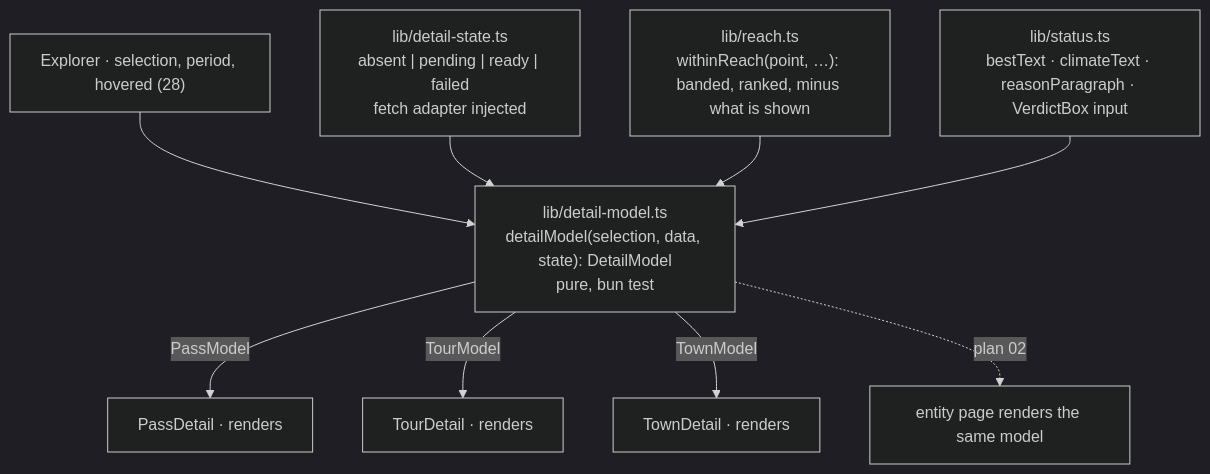
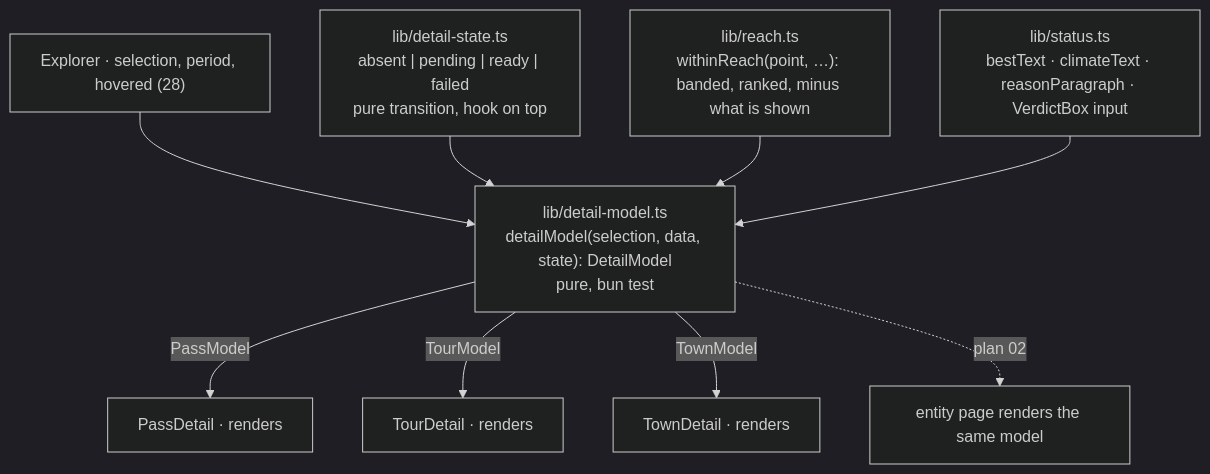
Before and after one commit to mdugue/alpen: the second of 2 diagrams in docs/plans/31-panel-model.md, drawn with Mermaid (dark theme). The commit also changed other lines of this file and 182 other files, not shown here.

````diff
--- a/docs/plans/31-panel-model.md
+++ b/docs/plans/31-panel-model.md
@@ -117,11 +118,11 @@
 ```mermaid
 flowchart TD
   E["Explorer · selection, period, hovered (28)"] --> DM["lib/detail-model.ts<br/>detailModel(selection, data, state): DetailModel<br/>pure, bun test"]
-  DS["lib/detail-state.ts<br/>absent | pending | ready | failed<br/>fetch adapter injected"] --> DM
+  DS["lib/detail-state.ts<br/>absent | pending | ready | failed<br/>pure transition, hook on top"] --> DM
   RW["lib/reach.ts<br/>withinReach(point, …): banded, ranked, minus what is shown"] --> DM
   SW["lib/status.ts<br/>bestText · climateText · reasonParagraph · VerdictBox input"] --> DM
   DM -->|"PassModel"| P["PassDetail · renders"]
   DM -->|"TourModel"| T["TourDetail · renders"]
   DM -->|"TownModel"| W["TownDetail · renders"]
   DM -.->|"plan 02"| SSR["entity page renders the same model"]
 ```
````
